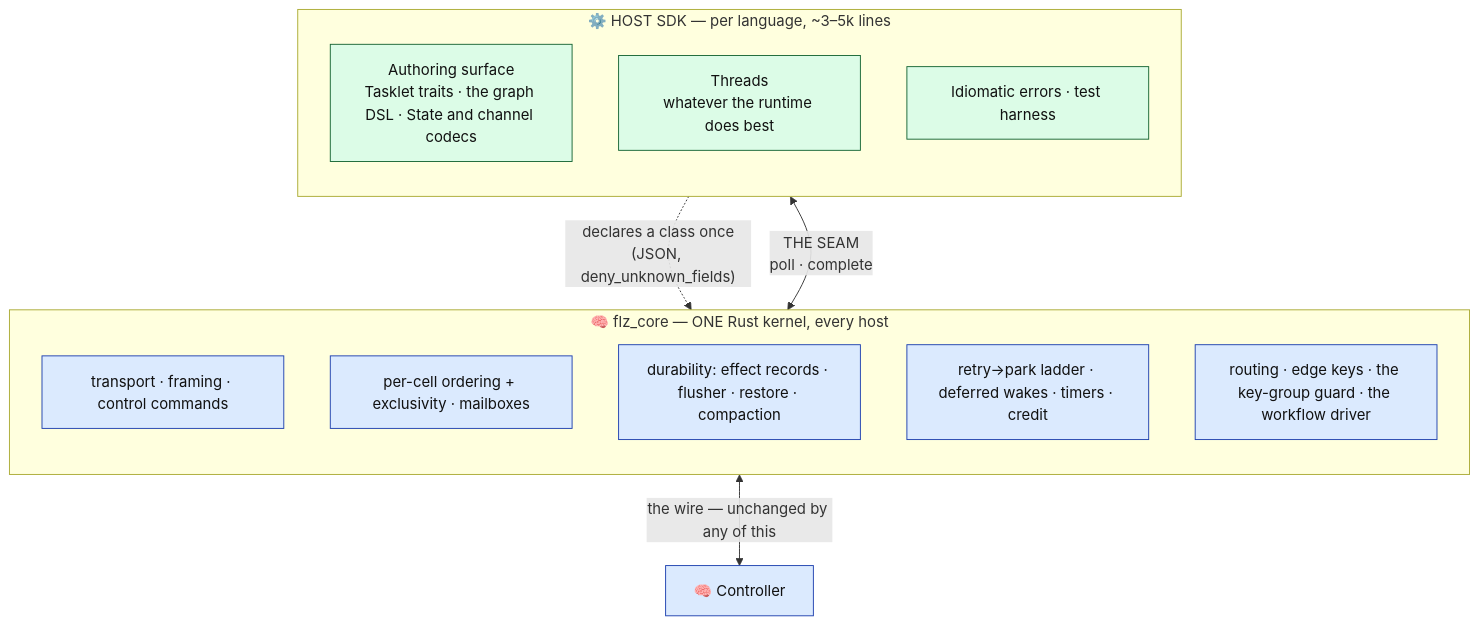
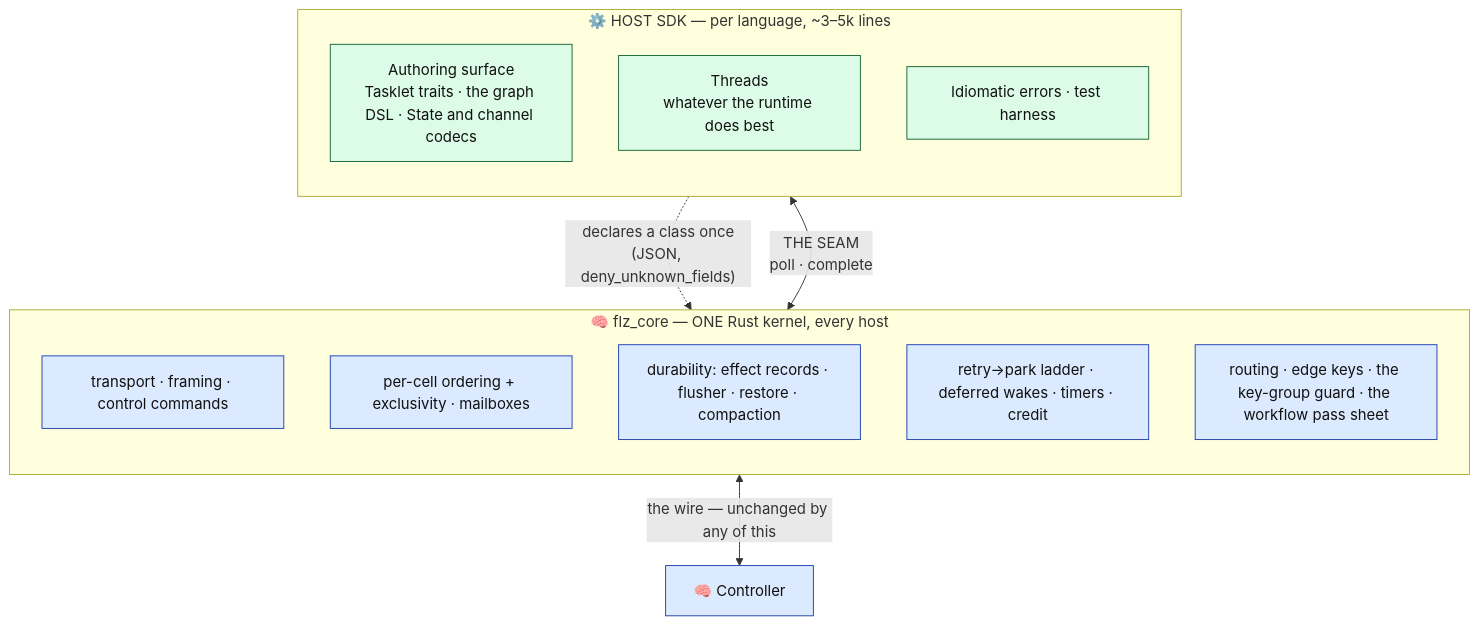
Before and after one commit to Flezha/flezha: the first of 8 diagrams in docs/architecture/runner.md, drawn with Mermaid. The commit also changed other lines of this file and 76 other files, not shown here.

````diff
--- a/docs/architecture/runner.md
+++ b/docs/architecture/runner.md
@@ -22,27 +22,27 @@
 ```mermaid
 flowchart TB
     subgraph HOST["⚙️ HOST SDK — per language, ~3–5k lines"]
         direction TB
         AUTH["Authoring surface<br/>Tasklet traits · the graph DSL · State and channel codecs"]:::exec
         THREADS["Threads<br/>whatever the runtime does best"]:::exec
         TEST["Idiomatic errors · test harness"]:::exec
     end
 
     subgraph CORE["🧠 flz_core — ONE Rust kernel, every host"]
         direction TB
         C1["transport · framing · control commands"]:::ctrl
         C2["per-cell ordering + exclusivity · mailboxes"]:::ctrl
         C3["durability: effect records · flusher · restore · compaction"]:::ctrl
         C4["retry→park ladder · deferred wakes · timers · credit"]:::ctrl
-        C5["routing · edge keys · the key-group guard · the workflow driver"]:::ctrl
+        C5["routing · edge keys · the key-group guard · the workflow pass sheet"]:::ctrl
     end
 
     CTRL["🧠 Controller"]:::ctrl
 
     AUTH -.->|"declares a class once<br/>(JSON, deny_unknown_fields)"| CORE
     THREADS <-->|"THE SEAM<br/>poll · complete"| CORE
     CORE <-->|"the wire — unchanged by any of this"| CTRL
 
     classDef ctrl fill:#dbeafe,stroke:#1e40af,color:#111
     classDef exec fill:#dcfce7,stroke:#166534,color:#111
 ```
````
